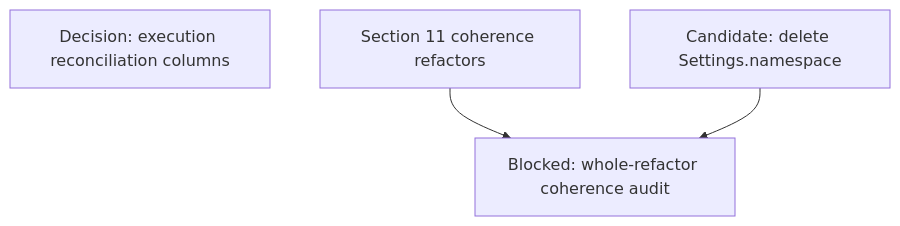
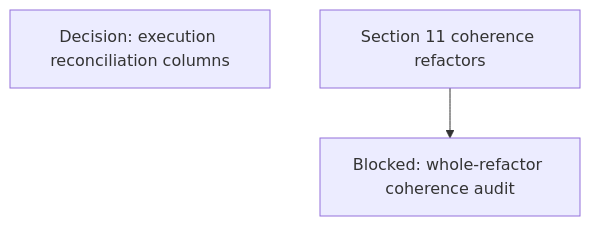
One commit to agentydragon-agent/ducktape changed diagram 12 of 15 in agentplane/plans/task_dag.md. Above: the diagram before and after it, drawn with Mermaid. The commit also changed other lines of this file and 8 other files, not shown here.

````diff
--- a/agentplane/plans/task_dag.md
+++ b/agentplane/plans/task_dag.md
@@ -1022,8 +1022,6 @@
 ```mermaid
 flowchart TD
     ACTION_EXECUTION_AUDIT_TRIM[Decision: execution reconciliation columns]
-    APP_NAMESPACE_SETTING_DROP[Candidate: delete Settings.namespace]
     REFACTOR_COHERENCE_AUDIT[Blocked: whole-refactor coherence audit]
     COHERENCE_REFACTORS[Section 11 coherence refactors] --> REFACTOR_COHERENCE_AUDIT
-    APP_NAMESPACE_SETTING_DROP --> REFACTOR_COHERENCE_AUDIT
 ```
````
